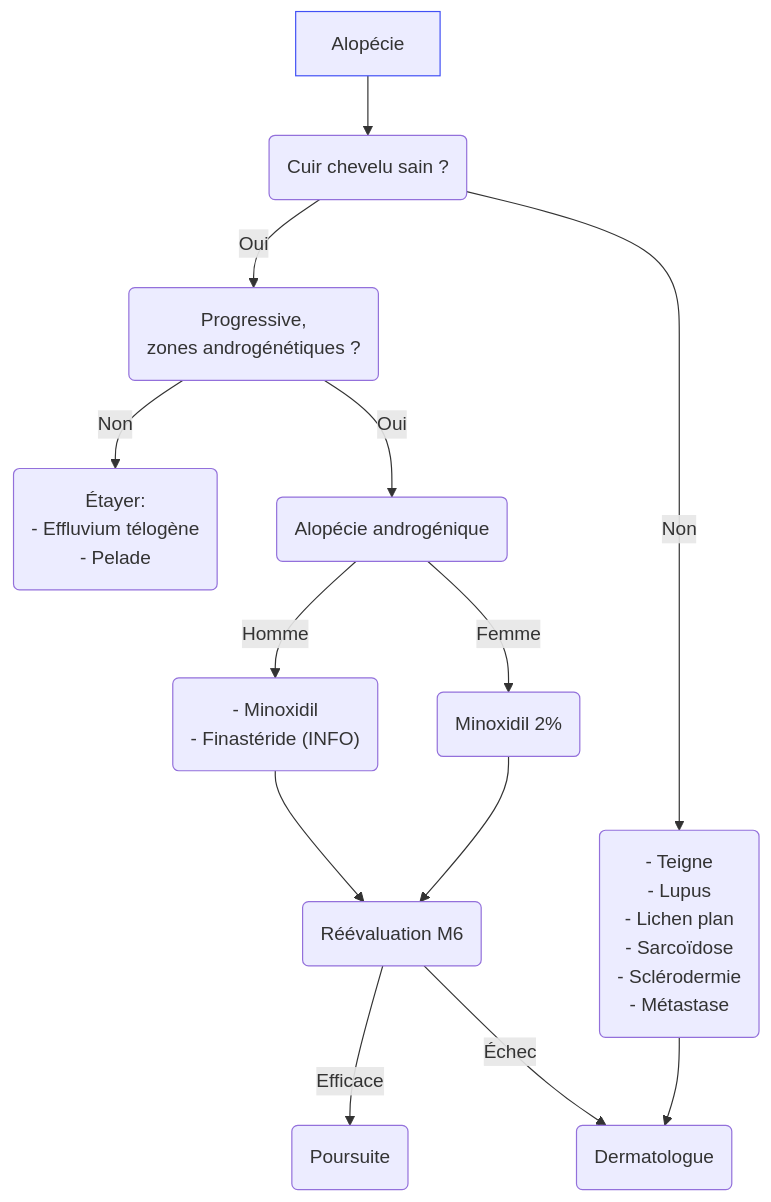
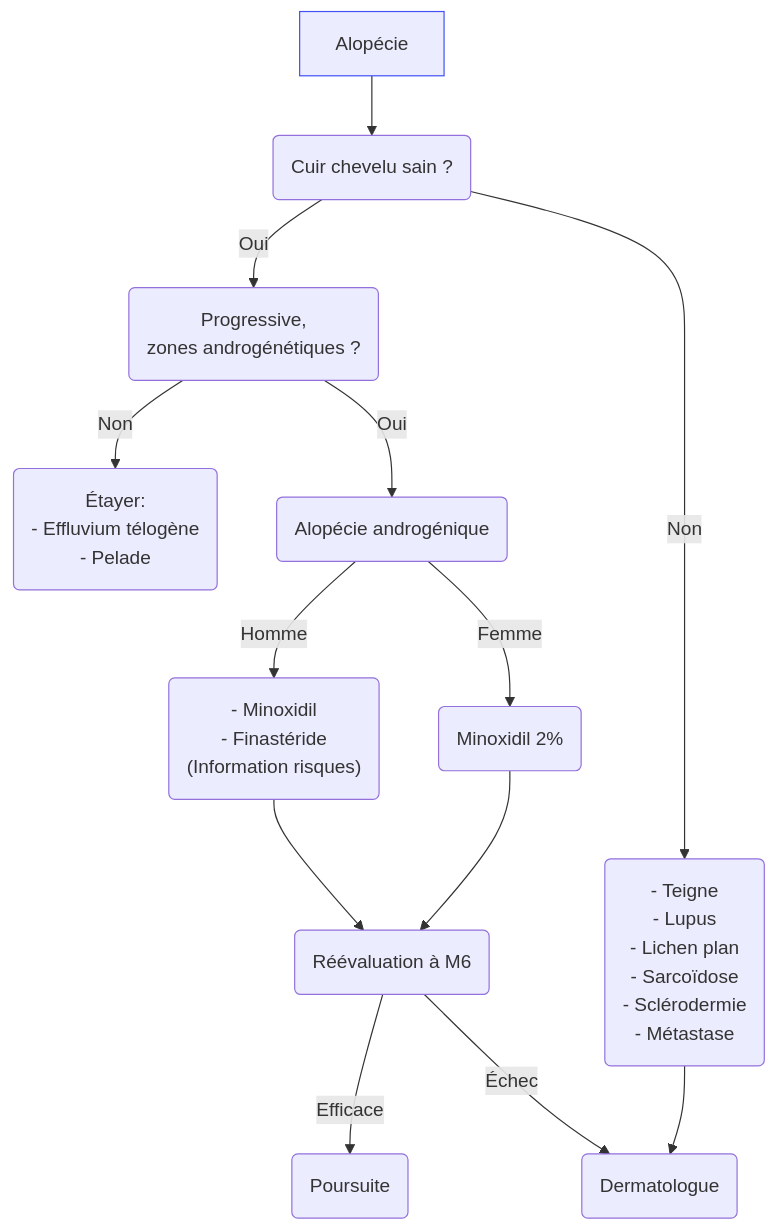
The diagram in content/recommandations/alopecie.md (djibe/recommandations-medicales), drawn with Mermaid before and after one commit. The commit also changed 45 other files, not shown here.

```diff
--- a/content/recommandations/alopecie.md
+++ b/content/recommandations/alopecie.md
@@ -207,9 +207,9 @@
 {{< mermaid title="Prise en charge d'une alopécie par le médecin généraliste. Dr JB Fron d'après EDF 2017" >}}
 graph TB
   Alopécie --> cuir(Cuir chevelu sain ?) -- Oui --> clinique("Progressive,<br>zones androgénétiques ?") -- Non --> sain("Étayer:<br>- Effluvium télogène<br>- Pelade")
-    clinique -- Oui --> AAG(Alopécie androgénique) -- Homme --> Homme("- Minoxidil<br>- Finastéride (INFO)") --> réévaluation(Réévaluation M6) -- Efficace --> poursuite(Poursuite)
+    clinique -- Oui --> AAG(Alopécie androgénique) -- Homme --> Homme("- Minoxidil<br>- Finastéride<br>(Information risques)") --> réévaluation(Réévaluation à M6) -- Efficace --> poursuite(Poursuite)
       AAG -- Femme --> Femme(Minoxidil 2%) --> réévaluation
         réévaluation -- Échec --> dermatologue(Dermatologue)
     cuir -- Non --> différentiel("- Teigne<br>- Lupus<br>- Lichen plan<br>- Sarcoïdose<br>- Sclérodermie<br>- Métastase") --> dermatologue
   style Alopécie stroke:#4150f5, stroke-width:1px
 {{< /mermaid >}}
```
